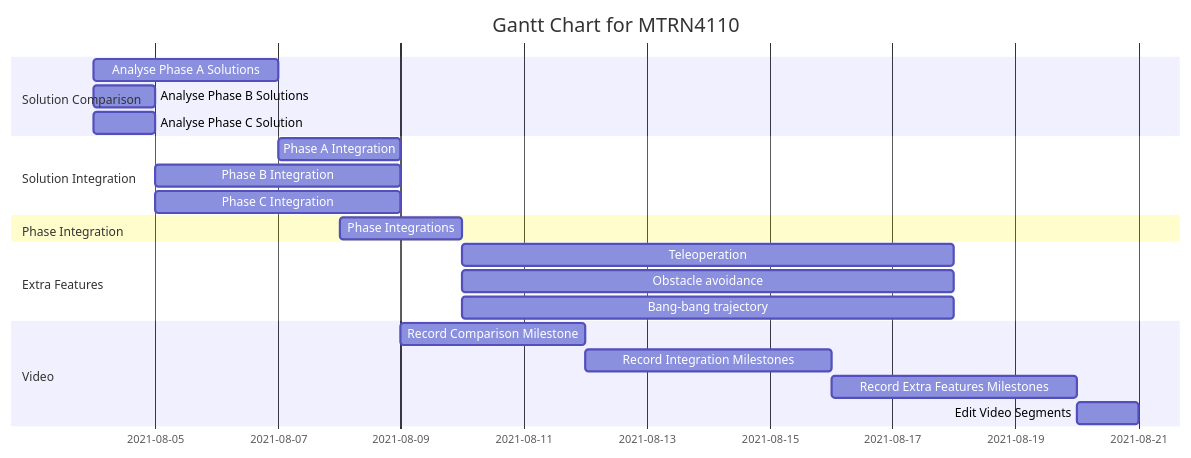
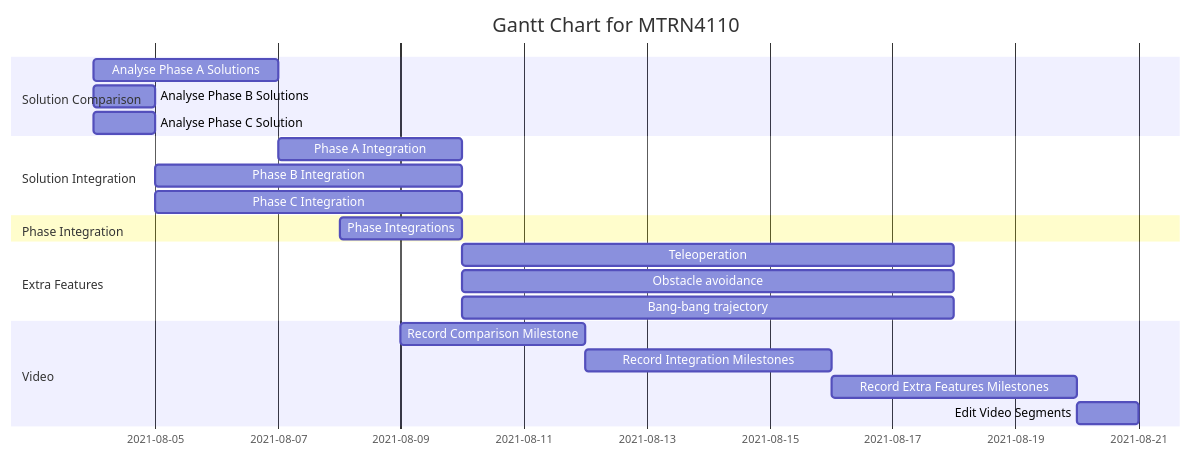
One commit to dennuguyen/mtrn4110-proj changed the diagram in README.md. Above: the diagram before and after it, drawn with Mermaid.

````diff
--- a/README.md
+++ b/README.md
@@ -5,28 +5,28 @@
 ```mermaid
 gantt
     title Gantt Chart for MTRN4110
     dateFormat  DD-MM-YYYY
     section Solution Comparison
     Analyse Phase A Solutions       :04-08-2021, 07-08-2021
     Analyse Phase B Solutions       :04-08-2021, 05-08-2021
     Analyse Phase C Solution        :04-08-2021, 05-08-2021
 
     section Solution Integration
-    Phase A Integration             :07-08-2021, 2d
-    Phase B Integration             :05-08-2021, 4d
-    Phase C Integration             :05-08-2021, 4d
+    Phase A Integration             :07-08-2021, 3d
+    Phase B Integration             :05-08-2021, 5d
+    Phase C Integration             :05-08-2021, 5d
 
     section Phase Integration
     Phase Integrations              :08-08-2021, 2d
 
     section Extra Features
     Teleoperation              :10-08-2021, 8d
     Obstacle avoidance         :10-08-2021, 8d
     Bang-bang trajectory       :10-08-2021, 8d
 
     section Video
     Record Comparison Milestone           :09-08-2021, 3d
     Record Integration Milestones         :12-08-2021, 4d
     Record Extra Features Milestones      :16-08-2021, 4d
     Edit Video Segments                   :20-08-2021, 1d
 ```
````
